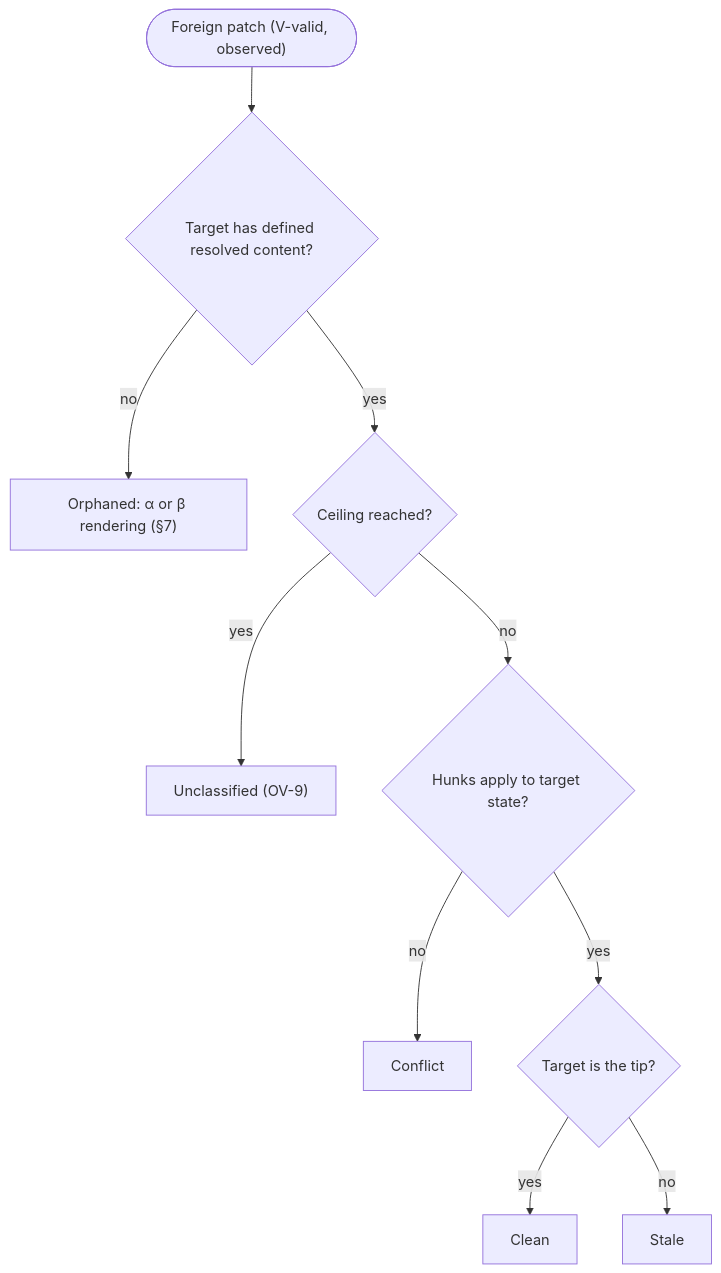
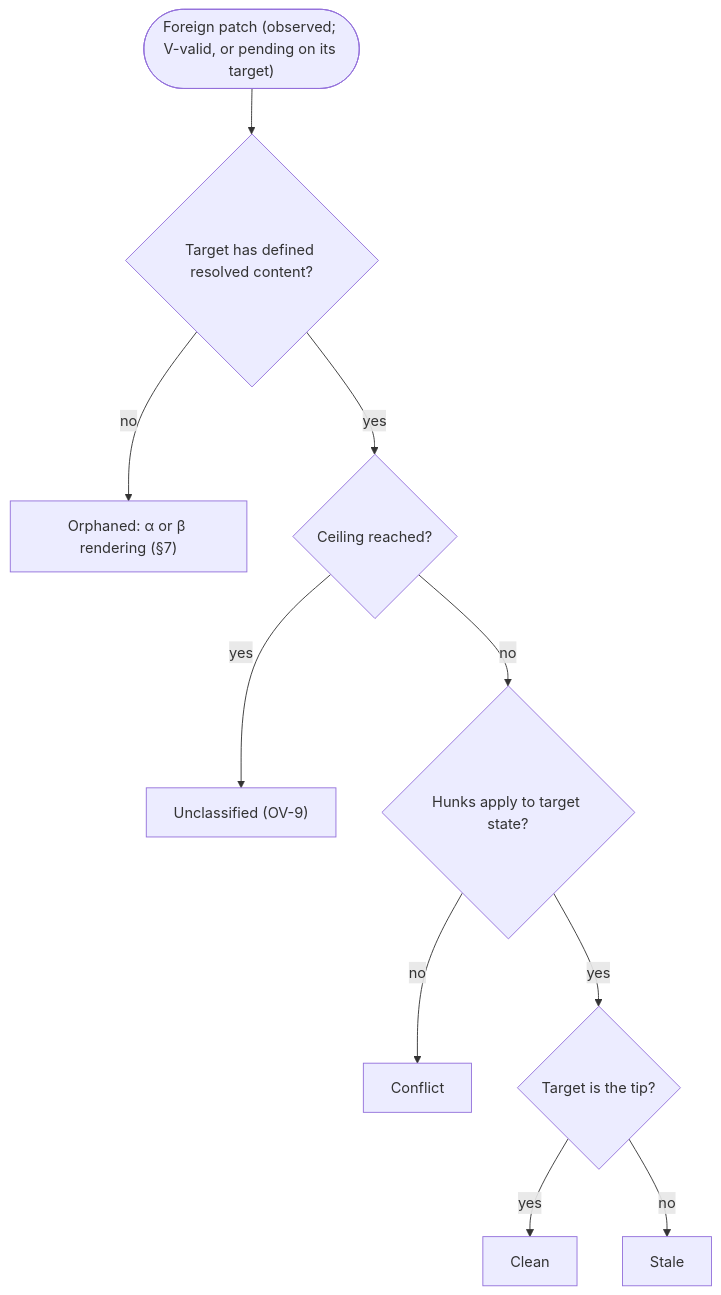
One commit to crocs-muni/scrutiny-fabric changed the seventh of 9 diagrams in docs/protocol-spec.md. Above: the diagram before and after it, drawn with Mermaid. The commit also changed other lines of this file and 2 other files, not shown here.

Commit message:
docs(spec): resolve review findings on the rebased specification (patch payload wording, tip after HALT, overlay states, held and pending, obtainable targets, changelog)

````diff
--- a/docs/protocol-spec.md
+++ b/docs/protocol-spec.md
@@ -651,12 +651,12 @@
 ```mermaid
 flowchart TD
-    OV(["Foreign patch (V-valid, observed)"]) --> TGT{"Target has defined resolved content?"}
+    OV(["Foreign patch (observed; V-valid, or pending on its target)"]) --> TGT{"Target has defined resolved content?"}
     TGT -->|no| ORPH["Orphaned: α or β rendering (§7)"]
     TGT -->|yes| CEIL{"Ceiling reached?"}
     CEIL -->|yes| UNC["Unclassified (OV-9)"]
     CEIL -->|no| APPLY{"Hunks apply to target state?"}
     APPLY -->|no| CONF["Conflict"]
     APPLY -->|yes| TIP{"Target is the tip?"}
     TIP -->|yes| CLEAN["Clean"]
     TIP -->|no| STALE["Stale"]
 ```
````
